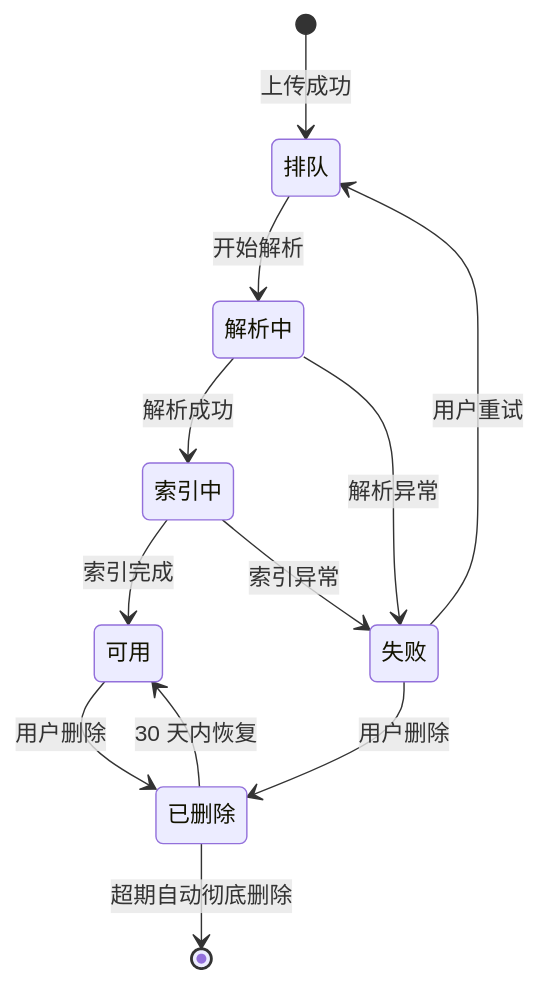
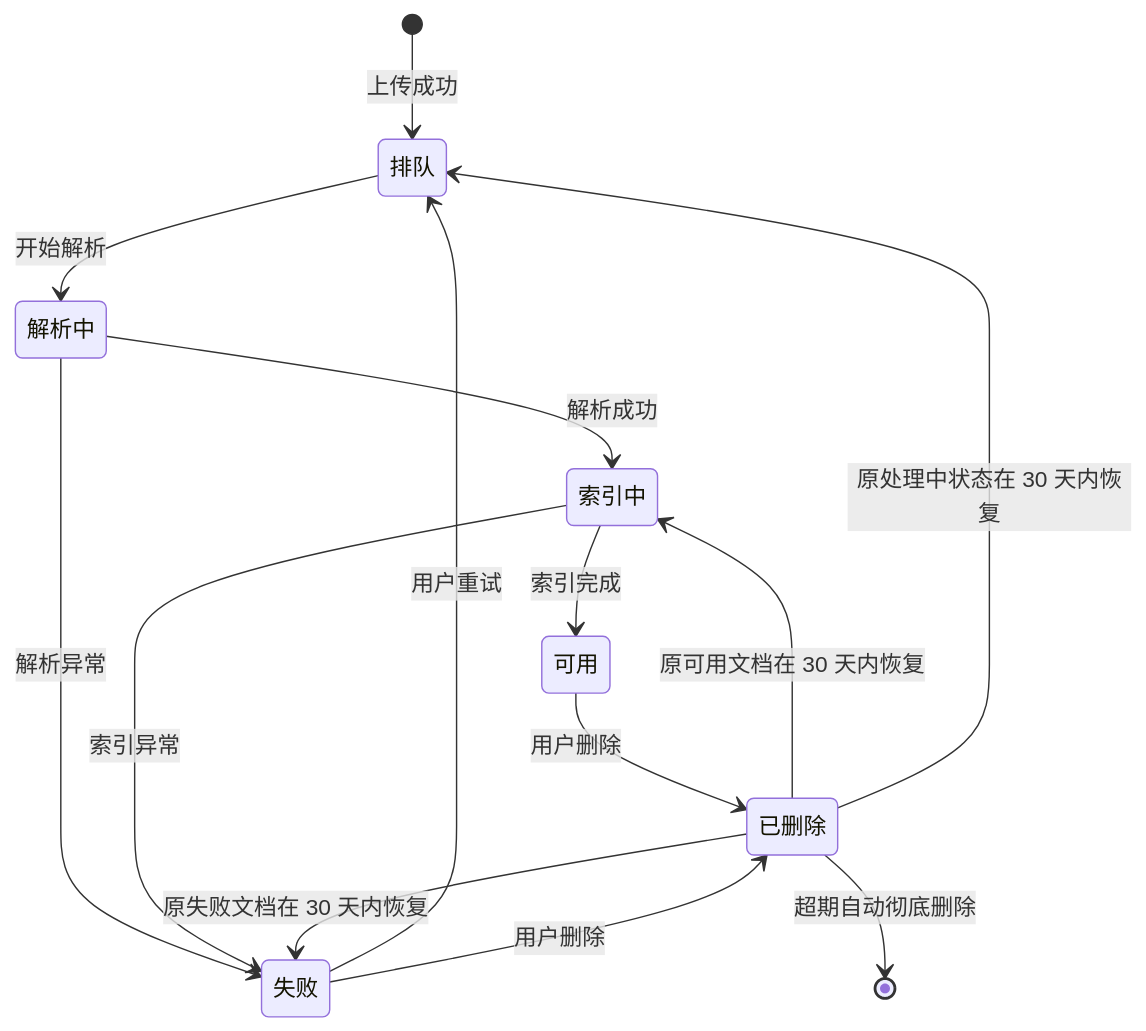
One commit to ObjectKjq/DFKnowledgeBase changed the diagram in docs/PRD-本地化知识库平台.md. Above: the diagram before and after it, drawn with Mermaid. The commit also changed other lines of this file and 6 other files, not shown here.

````diff
--- a/docs/PRD-本地化知识库平台.md
+++ b/docs/PRD-本地化知识库平台.md
@@ -107,14 +113,16 @@
 ```mermaid
 stateDiagram-v2
     [*] --> 排队: 上传成功
     排队 --> 解析中: 开始解析
     解析中 --> 索引中: 解析成功
     解析中 --> 失败: 解析异常
     索引中 --> 可用: 索引完成
     索引中 --> 失败: 索引异常
     失败 --> 排队: 用户重试
     可用 --> 已删除: 用户删除
     失败 --> 已删除: 用户删除
-    已删除 --> 可用: 30 天内恢复
+    已删除 --> 索引中: 原可用文档在 30 天内恢复
+    已删除 --> 排队: 原处理中状态在 30 天内恢复
+    已删除 --> 失败: 原失败文档在 30 天内恢复
     已删除 --> [*]: 超期自动彻底删除
 ```
````
